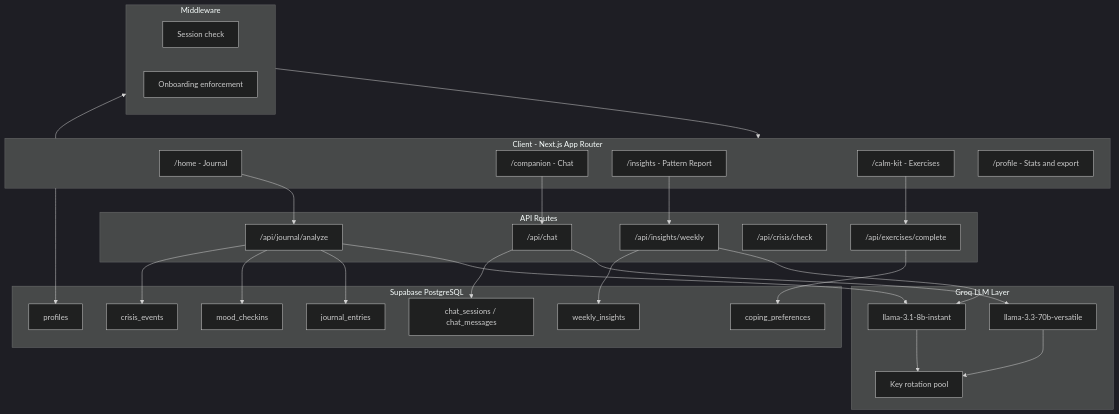
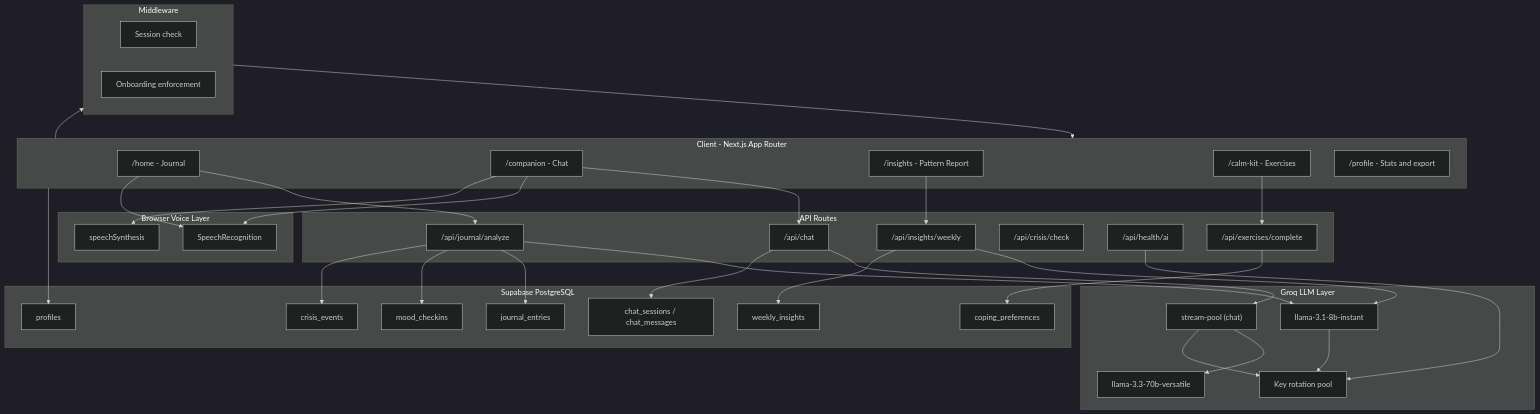
The first of 3 diagrams in docs/architecture.md (hatif03/promptwars-kolkata), drawn with Mermaid (dark theme) before and after one commit. The commit also changed other lines of this file and 53 other files, not shown here.

````diff
--- a/docs/architecture.md
+++ b/docs/architecture.md
@@ -9,58 +9,70 @@
 ```mermaid
 flowchart TB
   subgraph client [Client - Next.js App Router]
     Home["/home - Journal"]
     Chat["/companion - Chat"]
     Insights["/insights - Pattern Report"]
     CalmKit["/calm-kit - Exercises"]
     Profile["/profile - Stats and export"]
   end
 
   subgraph middleware [Middleware]
     AuthGate["Session check"]
     OnboardGate["Onboarding enforcement"]
   end
 
   subgraph api [API Routes]
     JournalAPI["/api/journal/analyze"]
     ChatAPI["/api/chat"]
     InsightsAPI["/api/insights/weekly"]
     CrisisAPI["/api/crisis/check"]
+    HealthAPI["/api/health/ai"]
     ExerciseAPI["/api/exercises/complete"]
+  end
+
+  subgraph voice [Browser Voice Layer]
+    STT["SpeechRecognition"]
+    TTS["speechSynthesis"]
   end
 
   subgraph ai [Groq LLM Layer]
     CompanionModel["llama-3.3-70b-versatile"]
     AnalystModel["llama-3.1-8b-instant"]
     KeyPool["Key rotation pool"]
+    StreamPool["stream-pool (chat)"]
   end
 
   subgraph data [Supabase PostgreSQL]
     Profiles["profiles"]
     Journals["journal_entries"]
     Moods["mood_checkins"]
     ChatTables["chat_sessions / chat_messages"]
     InsightsTable["weekly_insights"]
     Coping["coping_preferences"]
     CrisisLog["crisis_events"]
   end
 
   client --> middleware
   middleware --> client
   Home --> JournalAPI
   Chat --> ChatAPI
   Insights --> InsightsAPI
   CalmKit --> ExerciseAPI
+  Chat --> STT
+  Home --> STT
+  Chat --> TTS
   JournalAPI --> AnalystModel
-  ChatAPI --> CompanionModel
+  ChatAPI --> StreamPool
+  StreamPool --> CompanionModel
   InsightsAPI --> AnalystModel
   AnalystModel --> KeyPool
-  CompanionModel --> KeyPool
+  StreamPool --> KeyPool
+  HealthAPI --> KeyPool
   JournalAPI --> Journals
   JournalAPI --> Moods
   JournalAPI --> CrisisLog
   ChatAPI --> ChatTables
   InsightsAPI --> InsightsTable
   ExerciseAPI --> Coping
   client --> Profiles
 ```
````
